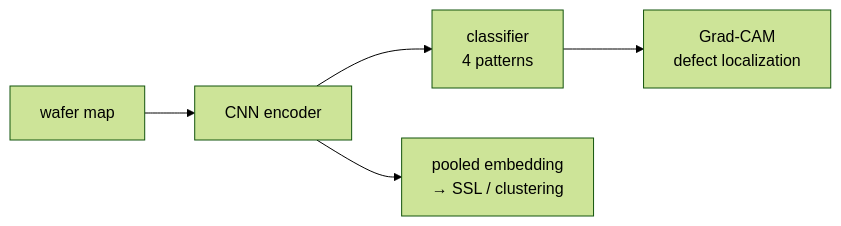
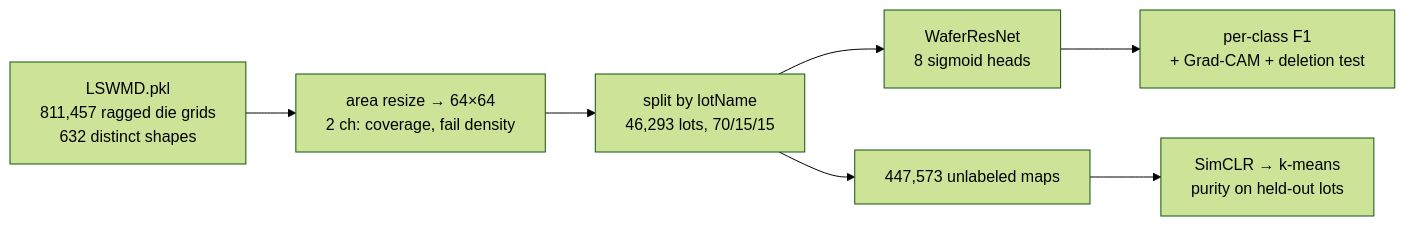
The diagram in README.md (gggg8657/wafer-defect-atlas), drawn with Mermaid (forest theme) before and after one commit. The commit also changed other lines of this file and 54 other files, not shown here.

First line of the commit message:
Clustering KPI measured, and it comes out split: protocol works, SSL does not

````diff
--- a/README.md
+++ b/README.md
@@ -15,7 +18,9 @@
 ```mermaid
 flowchart LR
-  W["wafer map"] --> E["CNN encoder"]
-  E --> C["classifier<br/>4 patterns"]
-  E --> EMB["pooled embedding<br/>→ SSL / clustering"]
-  C --> G["Grad-CAM<br/>defect localization"]
+  R["LSWMD.pkl<br/>811,457 ragged die grids<br/>632 distinct shapes"] --> N["area resize → 64×64<br/>2 ch: coverage, fail density"]
+  N --> S["split by lotName<br/>46,293 lots, 70/15/15"]
+  S --> C["WaferResNet<br/>8 sigmoid heads"]
+  S --> U["447,573 unlabeled maps"]
+  C --> F["per-class F1<br/>+ Grad-CAM + deletion test"]
+  U --> K["SimCLR → k-means<br/>purity on held-out lots"]
 ```
````
